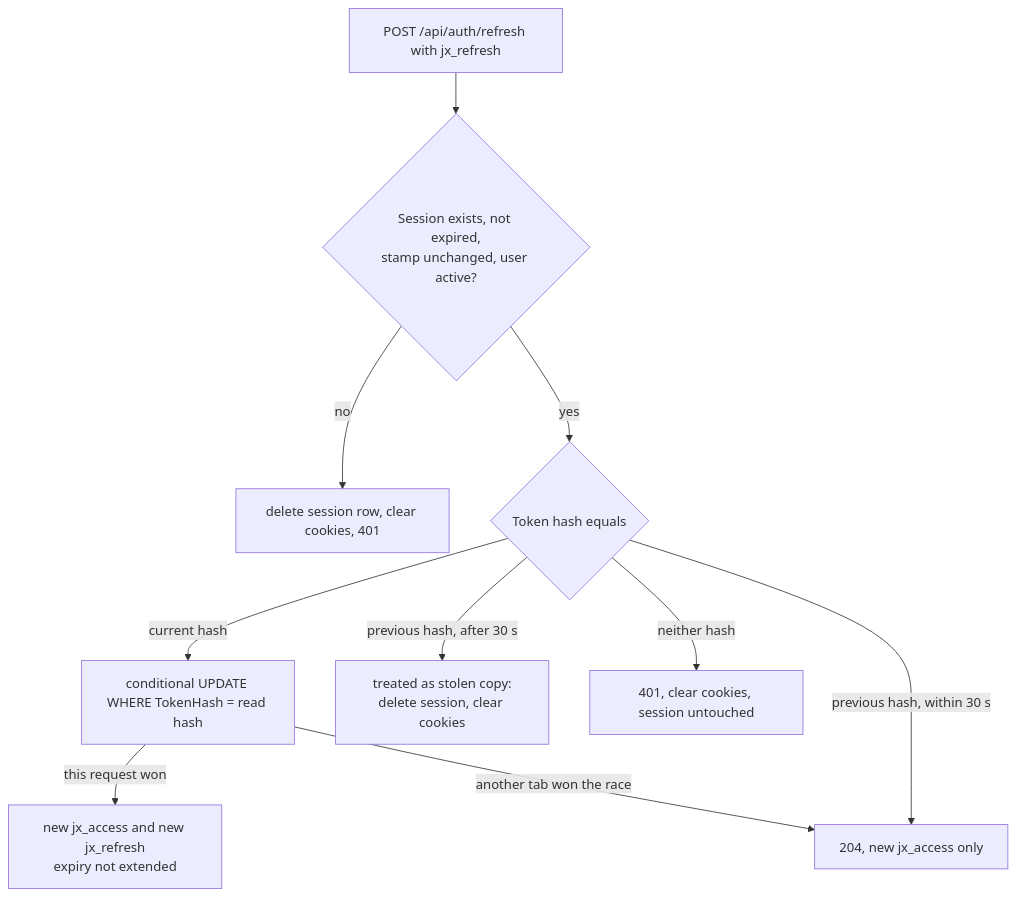
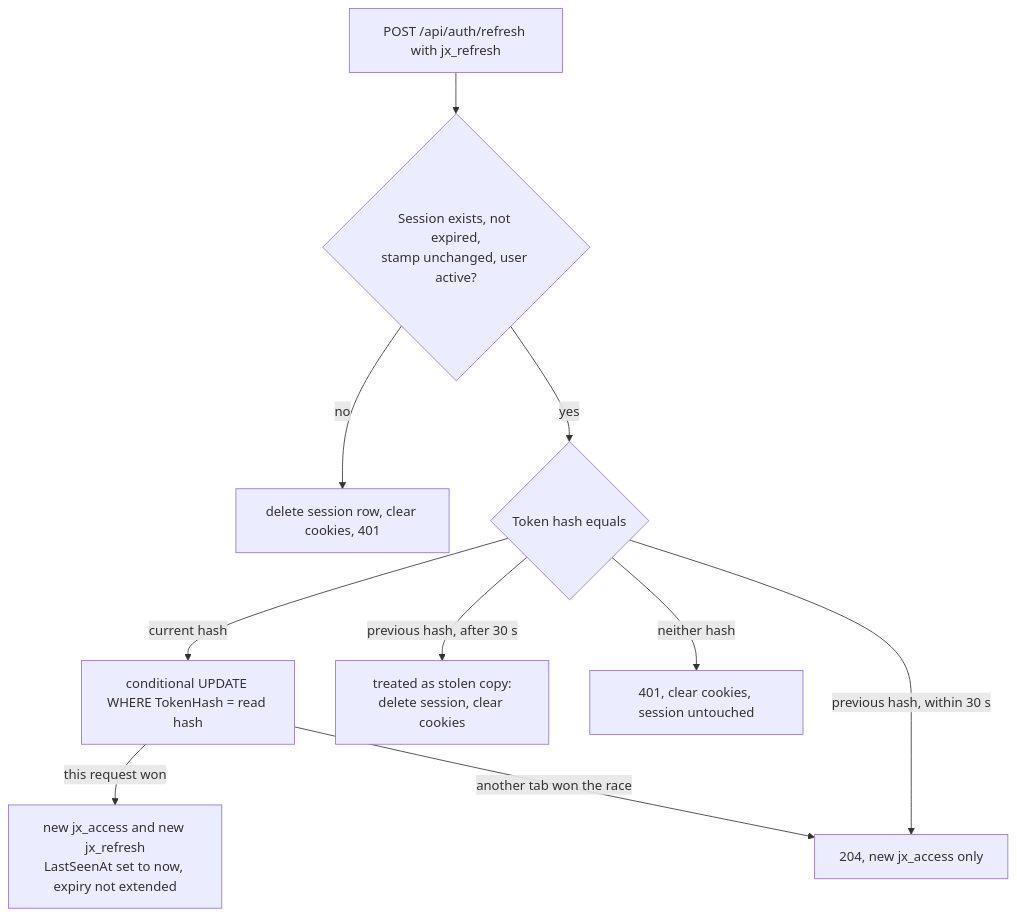
One commit to Justxs/Jx-Finance changed the second of 4 diagrams in docs/features/02. Sign-in, sessions and lockout.md. Above: the diagram before and after it, drawn with Mermaid. The commit also changed other lines of this file and 36 other files, not shown here.

````diff
--- a/docs/features/02. Sign-in, sessions and lockout.md
+++ b/docs/features/02. Sign-in, sessions and lockout.md
@@ -39,12 +40,12 @@
 ```mermaid
 flowchart TD
     Start["POST /api/auth/refresh with jx_refresh"] --> Find{"Session exists, not expired,<br/>stamp unchanged, user active?"}
     Find -->|"no"| Drop["delete session row, clear cookies, 401"]
     Find -->|"yes"| Match{"Token hash equals"}
     Match -->|"current hash"| Rotate["conditional UPDATE WHERE TokenHash = read hash"]
-    Rotate -->|"this request won"| Both["new jx_access and new jx_refresh<br/>expiry not extended"]
+    Rotate -->|"this request won"| Both["new jx_access and new jx_refresh<br/>LastSeenAt set to now, expiry not extended"]
     Rotate -->|"another tab won the race"| AccessOnly["204, new jx_access only"]
     Match -->|"previous hash, within 30 s"| AccessOnly
     Match -->|"previous hash, after 30 s"| Stolen["treated as stolen copy:<br/>delete session, clear cookies"]
     Match -->|"neither hash"| Unknown["401, clear cookies, session untouched"]
 ```
````
